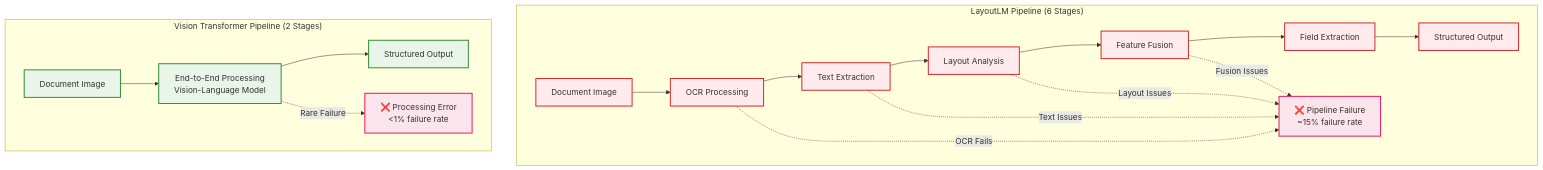
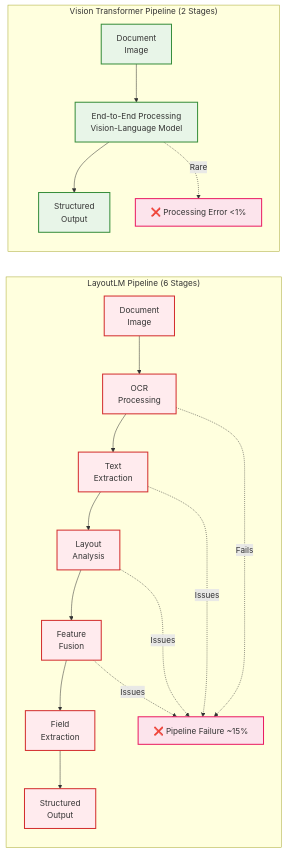
The diagram in presentation_materials/presentation_diagrams/mermaid_exports/Document_Processing_Pipeline_Comparison_v2.mmd (tmnestor/unified_vision_processor_minimal), drawn with Mermaid before and after one commit. The commit also changed 1 other file, not shown here.

Commit message:
✨ feat: update Document Processing Pipeline diagram for clarity and consistency

```diff
--- a/presentation_materials/presentation_diagrams/mermaid_exports/Document_Processing_Pipeline_Comparison_v2.mmd
+++ b/presentation_materials/presentation_diagrams/mermaid_exports/Document_Processing_Pipeline_Comparison_v2.mmd
@@ -1,31 +1,24 @@
-graph TD
+graph LR
     subgraph "LayoutLM Pipeline (6 Stages)"
-        A1[Document Image] --> B1[OCR Processing]
-        B1 --> C1[Text Extraction]
-        C1 --> D1[Layout Analysis]
-        D1 --> E1[Feature Fusion]
-        E1 --> F1[Field Extraction]
-        F1 --> G1[Structured Output]
+        A1[Document<br/>Image] --> B1[OCR<br/>Processing] --> C1[Text<br/>Extraction] --> D1[Layout<br/>Analysis] --> E1[Feature<br/>Fusion] --> F1[Field<br/>Extraction] --> G1[Structured<br/>Output]
         
-        B1 -.->|OCR Fails| X1[❌ Pipeline Failure<br/>~15% failure rate]
-        C1 -.->|Text Issues| X1
-        D1 -.->|Layout Issues| X1
-        E1 -.->|Fusion Issues| X1
+        B1 -.->|Fails| X1[❌ Pipeline Failure ~15%]
+        C1 -.->|Issues| X1
+        D1 -.->|Issues| X1
+        E1 -.->|Issues| X1
     end
     
     subgraph "Vision Transformer Pipeline (2 Stages)"
-        A2[Document Image] --> B2[End-to-End Processing<br/>Vision-Language Model]
-        B2 --> C2[Structured Output]
+        A2[Document<br/>Image] --> B2[End-to-End Processing<br/>Vision-Language Model] --> C2[Structured<br/>Output]
         
-        B2 -.->|Rare Failure| X2[❌ Processing Error<br/><1% failure rate]
+        B2 -.->|Rare| X2[❌ Processing Error <1%]
     end
     
     %% Styling
     classDef layoutlm fill:#ffebee,stroke:#d32f2f,stroke-width:2px
     classDef vit fill:#e8f5e8,stroke:#388e3c,stroke-width:2px
     classDef failure fill:#fce4ec,stroke:#e91e63,stroke-width:2px
-    classDef success fill:#f1f8e9,stroke:#689f38,stroke-width:2px
     
     class A1,B1,C1,D1,E1,F1,G1 layoutlm
     class A2,B2,C2 vit
     class X1,X2 failure
```
